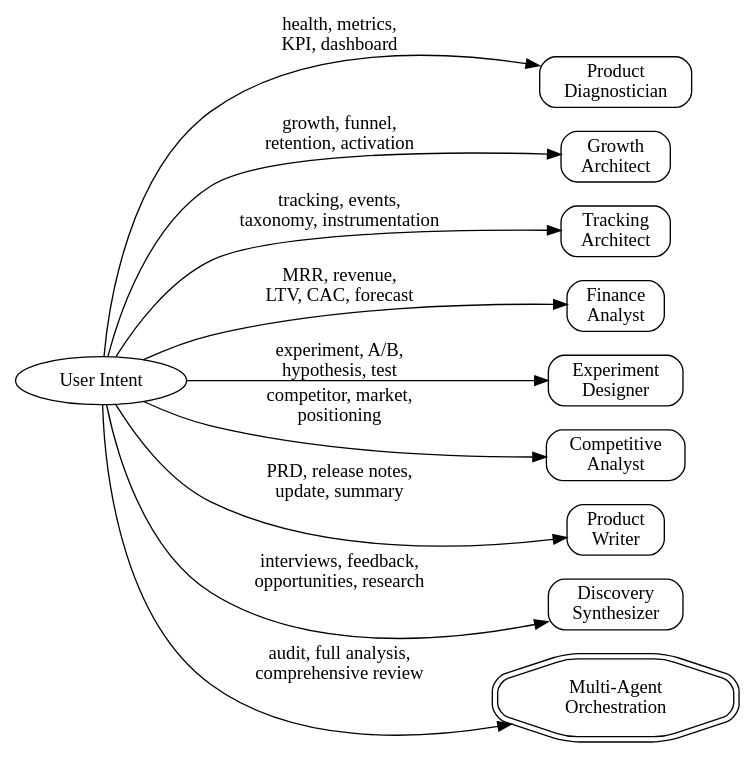
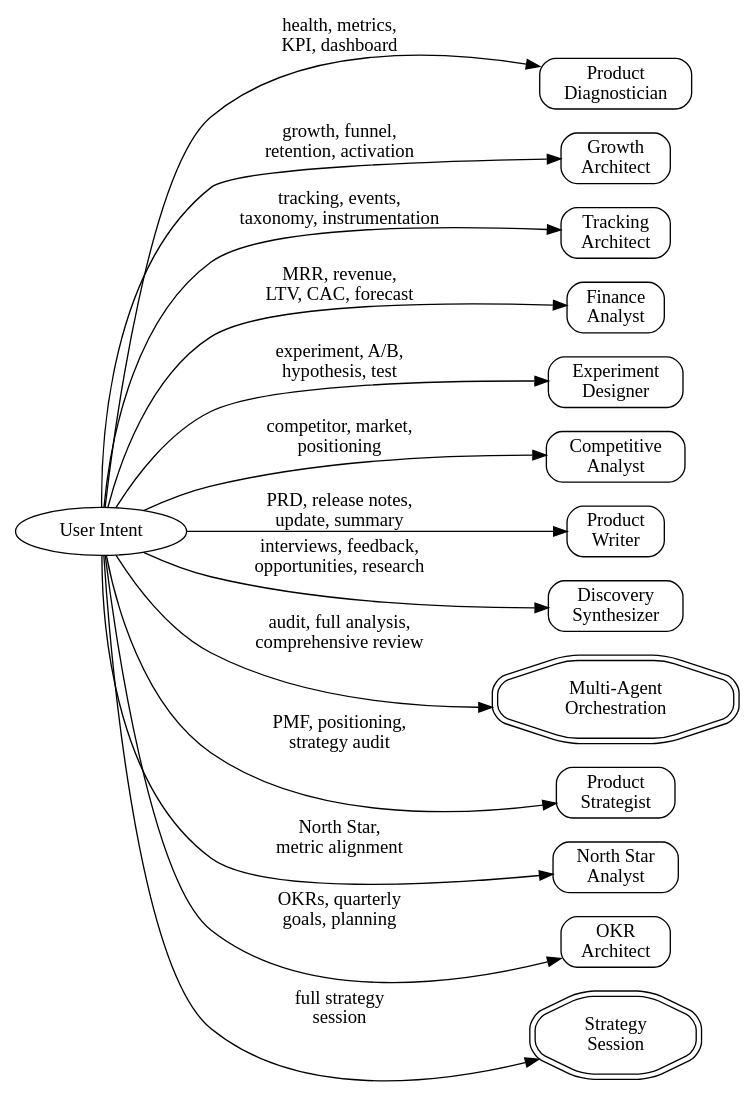
One commit to mariomile/builder-os changed the diagram in skills/pm-toolkit/SKILL.md. Above: the diagram before and after it, drawn with Graphviz. The commit also changed other lines of this file, not shown here.

Commit message:
feat: register Strategy & Vision agents in hub routing table

````diff
--- a/skills/pm-toolkit/SKILL.md
+++ b/skills/pm-toolkit/SKILL.md
@@ -114,28 +118,37 @@
 ```dot
 digraph routing {
     rankdir=LR;
     node [shape=box, style=rounded];
 
     intent [label="User Intent", shape=ellipse];
 
     diag [label="Product\nDiagnostician"];
     growth [label="Growth\nArchitect"];
     track [label="Tracking\nArchitect"];
     finance [label="Finance\nAnalyst"];
     experiment [label="Experiment\nDesigner"];
     compete [label="Competitive\nAnalyst"];
     writer [label="Product\nWriter"];
     discovery [label="Discovery\nSynthesizer"];
     audit [label="Multi-Agent\nOrchestration", shape=doubleoctagon];
 
     intent -> diag [label="health, metrics,\nKPI, dashboard"];
     intent -> growth [label="growth, funnel,\nretention, activation"];
     intent -> track [label="tracking, events,\ntaxonomy, instrumentation"];
     intent -> finance [label="MRR, revenue,\nLTV, CAC, forecast"];
     intent -> experiment [label="experiment, A/B,\nhypothesis, test"];
     intent -> compete [label="competitor, market,\npositioning"];
     intent -> writer [label="PRD, release notes,\nupdate, summary"];
     intent -> discovery [label="interviews, feedback,\nopportunities, research"];
     intent -> audit [label="audit, full analysis,\ncomprehensive review"];
+    strategist [label="Product\nStrategist"];
+    northstar [label="North Star\nAnalyst"];
+    okr [label="OKR\nArchitect"];
+    strategy_session [label="Strategy\nSession", shape=doubleoctagon];
+
+    intent -> strategist [label="PMF, positioning,\nstrategy audit"];
+    intent -> northstar [label="North Star,\nmetric alignment"];
+    intent -> okr [label="OKRs, quarterly\ngoals, planning"];
+    intent -> strategy_session [label="full strategy\nsession"];
 }
 ```
````
